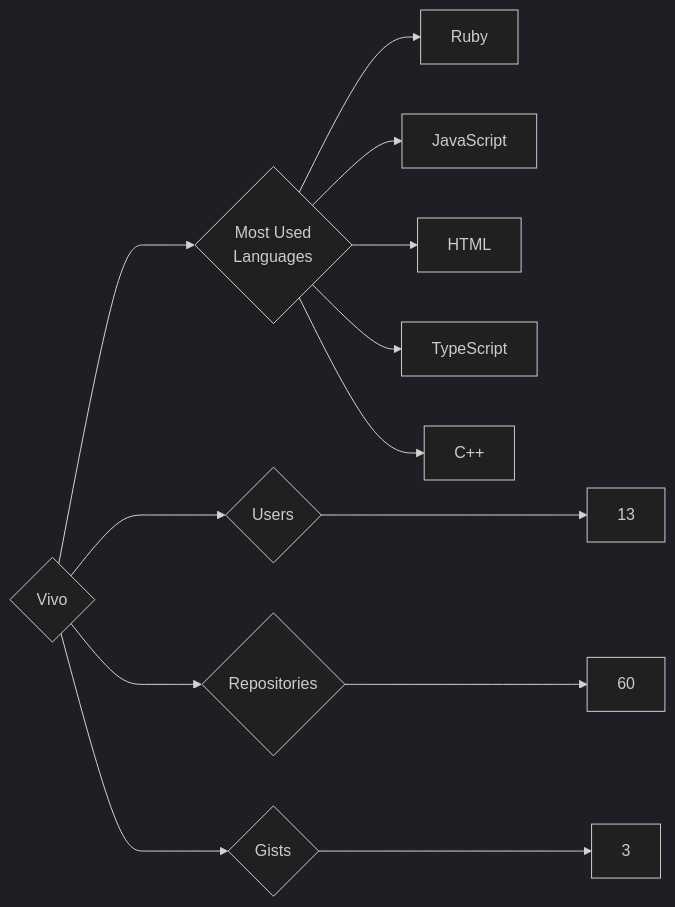
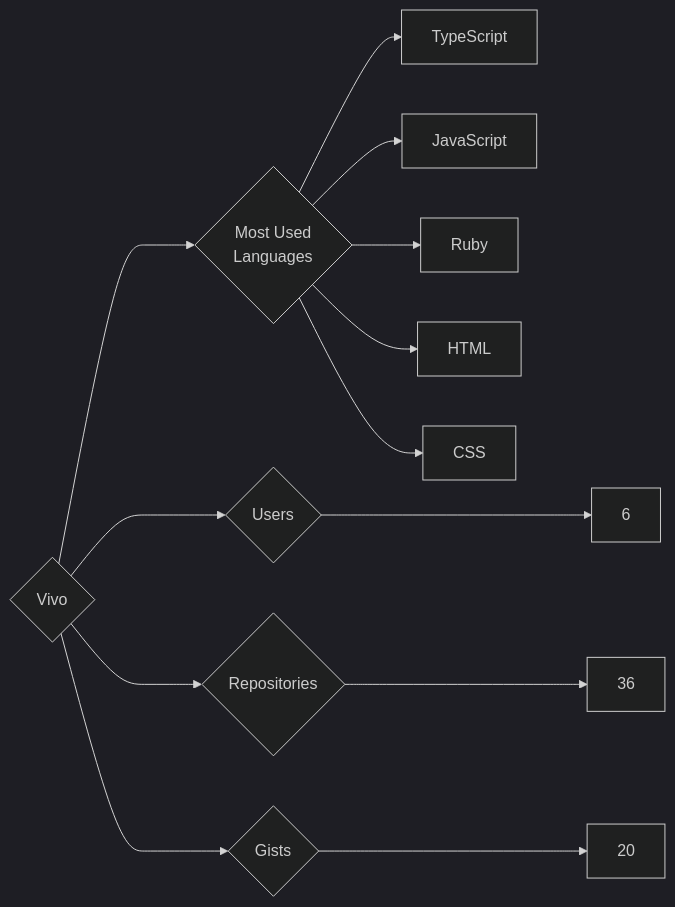
One commit to trickest/insiders changed the diagram in targets/Vivo/README.md. Above: the diagram before and after it, drawn with Mermaid (dark theme). The commit also changed 973 other files, not shown here.

````diff
--- a/targets/Vivo/README.md
+++ b/targets/Vivo/README.md
@@ -3,13 +3,13 @@
 ```mermaid
 graph LR
 COMPANY_NAME{Vivo}
-COMPANY_NAME ---> U{Users} ---> UN[13]
-COMPANY_NAME ---> R{Repositories} ---> RN[60]
-COMPANY_NAME ---> G{Gists} ---> GN[3]
+COMPANY_NAME ---> U{Users} ---> UN[6]
+COMPANY_NAME ---> R{Repositories} ---> RN[36]
+COMPANY_NAME ---> G{Gists} ---> GN[20]
 COMPANY_NAME ---> ML{Most Used<br>Languages}
+ML --> TypeScript[TypeScript]
+ML --> JavaScript[JavaScript]
 ML --> Ruby[Ruby]
-ML --> JavaScript[JavaScript]
 ML --> HTML[HTML]
-ML --> TypeScript[TypeScript]
-ML --> C++[C++]
+ML --> CSS[CSS]
 ```
````
